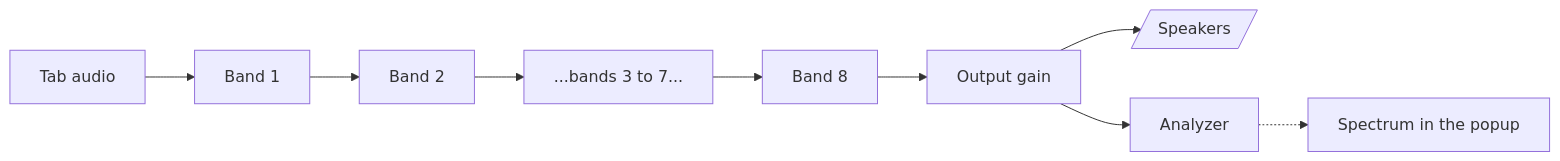
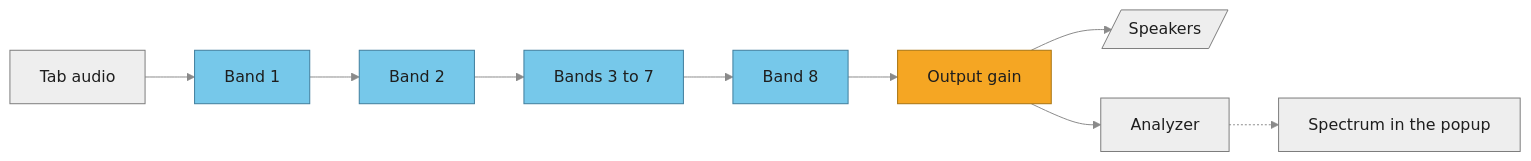
One commit to barrackmobamba69/EQEXT changed the third of 3 diagrams in README.md. Above: the diagram before and after it, drawn with Mermaid. The commit also changed other lines of this file and 13 other files, not shown here.

````diff
--- a/README.md
+++ b/README.md
@@ -149,7 +202,15 @@
 ```mermaid
+%%{init: {'theme':'base','themeVariables':{'lineColor':'#8a8a8a'}}}%%
 flowchart LR
-    A[Tab audio] --> F1[Band 1] --> F2[Band 2] --> D["...bands 3 to 7..."] --> F8[Band 8]
+    A[Tab audio] --> F1[Band 1] --> F2[Band 2] --> D[Bands 3 to 7] --> F8[Band 8]
     F8 --> G[Output gain]
     G --> SP[/Speakers/]
     G --> AN[Analyzer] -.-> UI[Spectrum in the popup]
+
+    classDef band fill:#76c8ea,stroke:#3f7d9c,color:#1e1e1e
+    classDef io fill:#eeeeee,stroke:#7c7c7c,color:#1e1e1e
+    classDef gain fill:#f5a623,stroke:#a8730f,color:#1e1e1e
+    class F1,F2,D,F8 band
+    class A,SP,AN,UI io
+    class G gain
 ```
````
